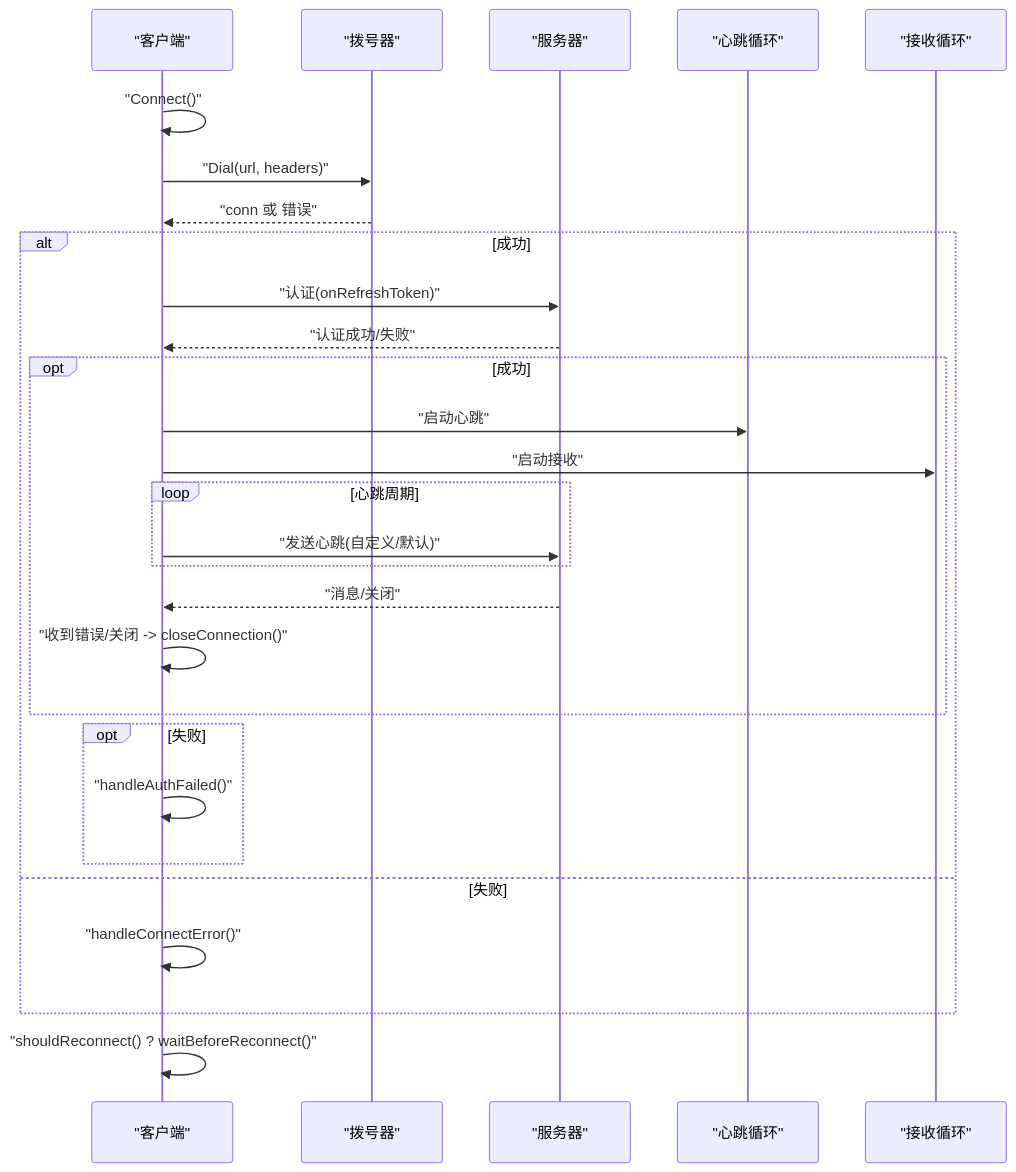
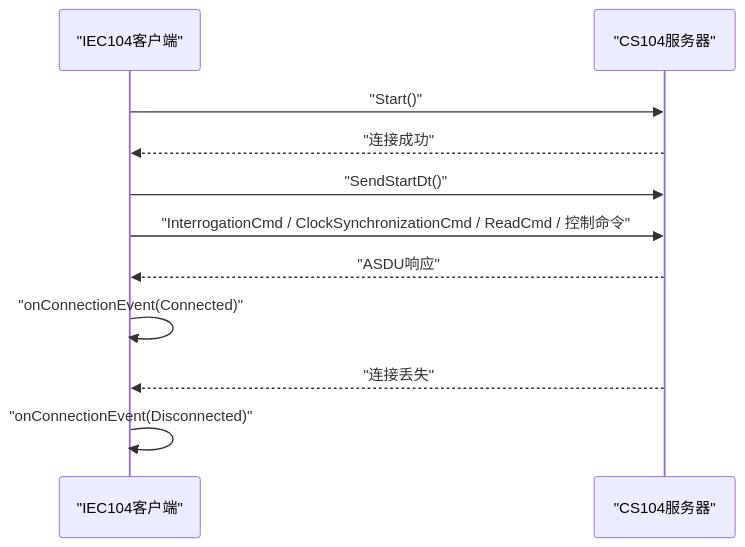
The fourth of 9 diagrams in .qoder/repowiki/zh/content/公共组件库/公共组件库.md (maomao94/zero-service), drawn with Mermaid before and after one commit. The commit also changed other lines of this file and 362 other files, not shown here.

````diff
--- a/.qoder/repowiki/zh/content/公共组件库/公共组件库.md
+++ b/.qoder/repowiki/zh/content/公共组件库/公共组件库.md
@@ -241,30 +243,13 @@
 ```mermaid
 sequenceDiagram
-participant C as "客户端"
-participant Dial as "拨号器"
-participant S as "服务器"
-participant HB as "心跳循环"
-participant RX as "接收循环"
-C->>C : "Connect()"
-C->>Dial : "Dial(url, headers)"
-Dial-->>C : "conn 或 错误"
-alt 成功
-C->>S : "认证(onRefreshToken)"
-S-->>C : "认证成功/失败"
-opt 成功
-C->>HB : "启动心跳"
-C->>RX : "启动接收"
-loop 心跳周期
-C->>S : "发送心跳(自定义/默认)"
-end
-S-->>C : "消息/关闭"
-C->>C : "收到错误/关闭 -> closeConnection()"
-end
-opt 失败
-C->>C : "handleAuthFailed()"
-end
-else 失败
-C->>C : "handleConnectError()"
-end
-C->>C : "shouldReconnect() ? waitBeforeReconnect()"
+participant C as "IEC104客户端"
+participant S as "CS104服务器"
+C->>S : "Start()"
+S-->>C : "连接成功"
+C->>S : "SendStartDt()"
+C->>S : "InterrogationCmd / ClockSynchronizationCmd / ReadCmd / 控制命令"
+S-->>C : "ASDU响应"
+C->>C : "onConnectionEvent(Connected)"
+S-->>C : "连接丢失"
+C->>C : "onConnectionEvent(Disconnected)"
 ```
````
